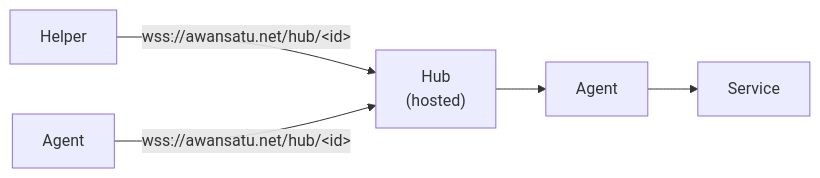
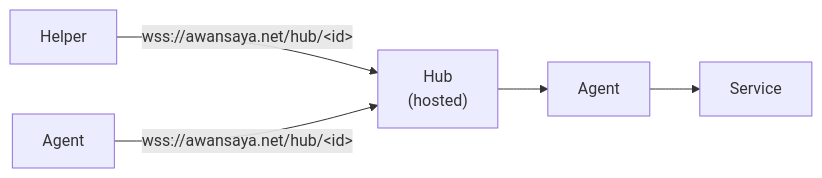
Before and after one commit to paulmooreparks/tela: the fourth of 4 diagrams in DESIGN.md, drawn with Mermaid. The commit also changed other lines of this file and 13 other files, not shown here.

Commit message:
chore: rename Awan Satu to Awan Saya, awansatu.net to awansaya.net

````diff
--- a/DESIGN.md
+++ b/DESIGN.md
@@ -1253,5 +1253,5 @@
 ```mermaid
 flowchart LR
-  Helper -->|"wss://awansatu.net/hub/&lt;id&gt;"| Hub["Hub\n(hosted)"] --> Agent --> Service
-  Agent2[Agent] -->|"wss://awansatu.net/hub/&lt;id&gt;"| Hub
+  Helper -->|"wss://awansaya.net/hub/&lt;id&gt;"| Hub["Hub\n(hosted)"] --> Agent --> Service
+  Agent2[Agent] -->|"wss://awansaya.net/hub/&lt;id&gt;"| Hub
 ```
````
